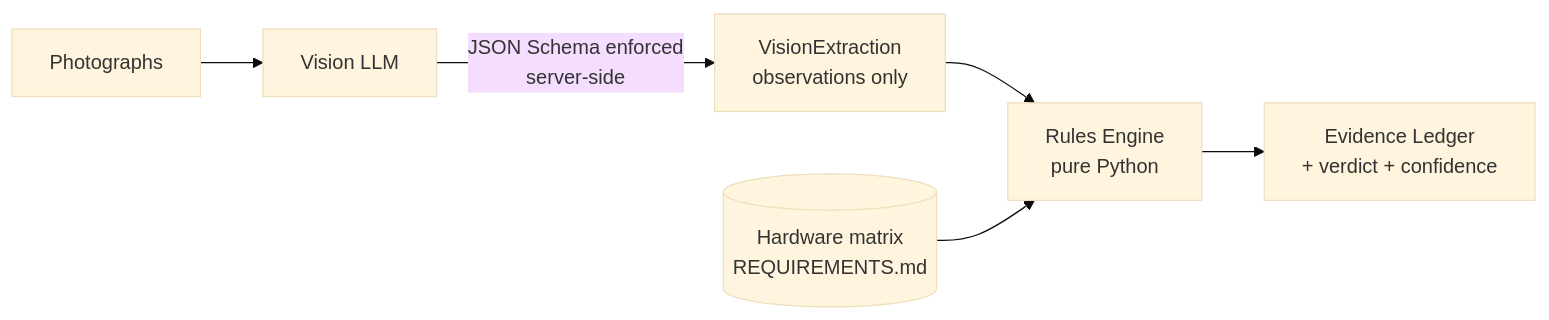
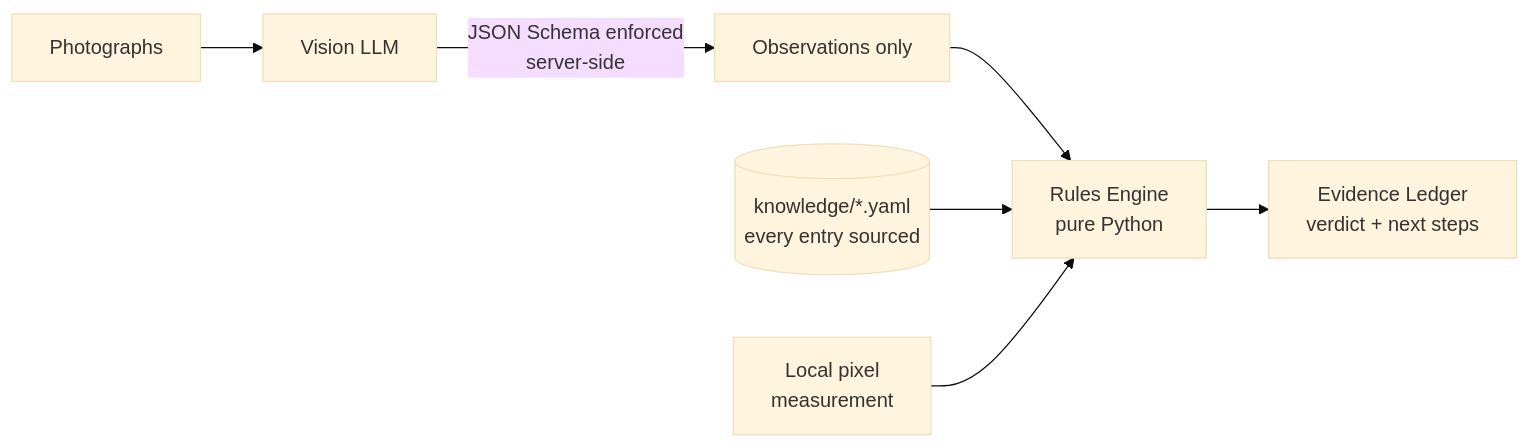
Before and after one commit to StormTrooper4432/airpods-verifier: the diagram in README.md, drawn with Mermaid (base theme). The commit also changed other lines of this file, not shown here.

````diff
--- a/README.md
+++ b/README.md
@@ -31,8 +31,9 @@
 ```mermaid
 flowchart LR
     A[Photographs] --> B[Vision LLM]
-    B -->|JSON Schema enforced<br/>server-side| C[VisionExtraction<br/>observations only]
+    B -->|JSON Schema enforced<br/>server-side| C[Observations only]
     C --> D[Rules Engine<br/>pure Python]
-    E[(Hardware matrix<br/>REQUIREMENTS.md)] --> D
-    D --> F[Evidence Ledger<br/>+ verdict + confidence]
+    E[(knowledge/*.yaml<br/>every entry sourced)] --> D
+    F[Local pixel<br/>measurement] --> D
+    D --> G[Evidence Ledger<br/>verdict + next steps]
 ```
````
